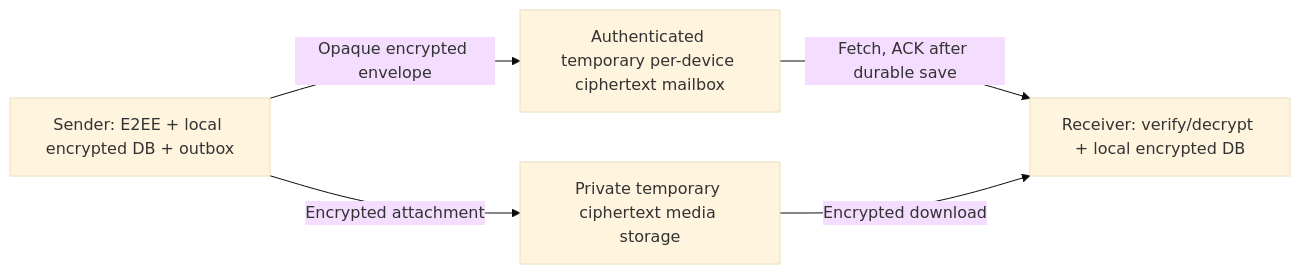
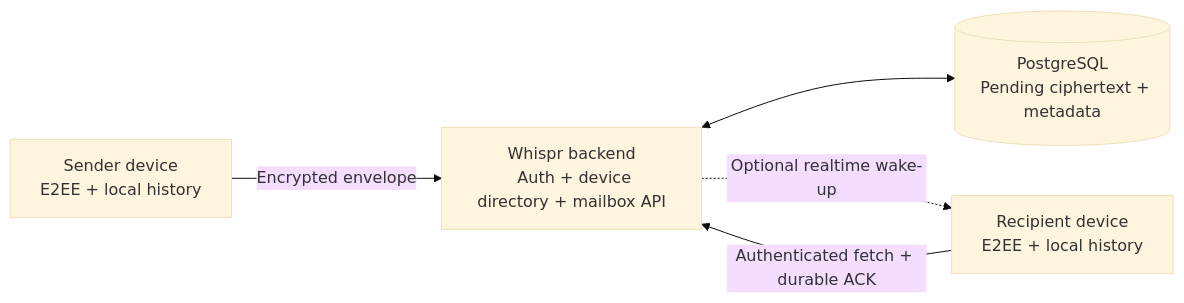
Before and after one commit to utksh1/Whispr: the diagram in README.md, drawn with Mermaid (base theme). The commit also changed other lines of this file, not shown here.

Commit message:
docs: rewrite Whispr README as standalone messaging product

````diff
--- a/README.md
+++ b/README.md
@@ -21,11 +26,16 @@
 ```mermaid
 flowchart LR
-  A["Sender: E2EE + local encrypted DB + outbox"]
-  Q["Authenticated temporary per-device ciphertext mailbox"]
-  B["Receiver: verify/decrypt + local encrypted DB"]
-  M["Private temporary ciphertext media storage"]
-  A -->|"Opaque encrypted envelope"| Q
-  Q -->|"Fetch, ACK after durable save"| B
-  A -->|"Encrypted attachment"| M
-  M -->|"Encrypted download"| B
+  A["Sender device
+  E2EE + local history"]
+  API["Whispr backend
+  Auth + device directory + mailbox API"]
+  PG[("PostgreSQL
+  Pending ciphertext + metadata")]
+  B["Recipient device
+  E2EE + local history"]
+
+  A -->|"Encrypted envelope"| API
+  API <--> PG
+  B -->|"Authenticated fetch + durable ACK"| API
+  API -. "Optional realtime wake-up" .-> B
 ```
````
